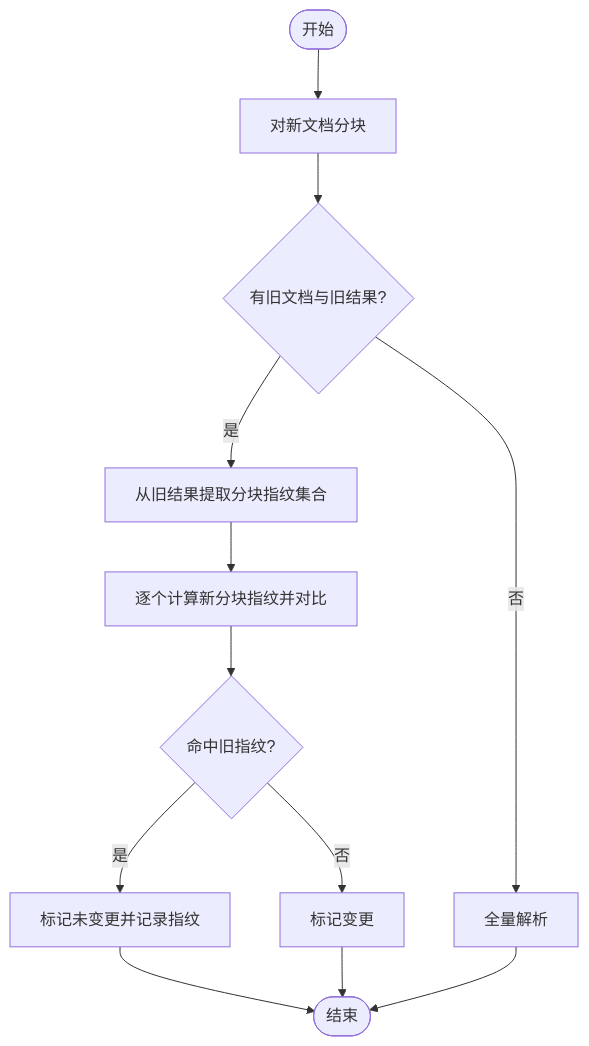
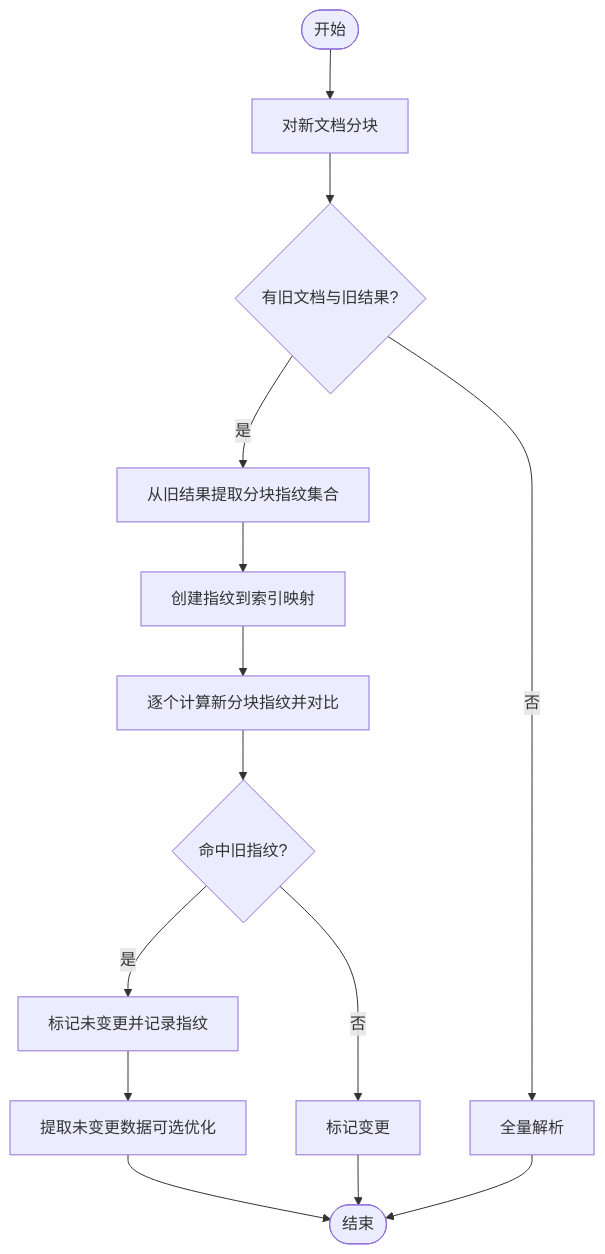
The third of 7 diagrams in .qoder/repowiki/zh/content/增量更新功能.md (wowzhangji/doc_ai_parser), drawn with Mermaid before and after one commit. The commit also changed other lines of this file and 25 other files, not shown here.

````diff
--- a/.qoder/repowiki/zh/content/增量更新功能.md
+++ b/.qoder/repowiki/zh/content/增量更新功能.md
@@ -189,14 +197,16 @@
 ```mermaid
 flowchart TD
 Start(["开始"]) --> NewChunk["对新文档分块"]
 NewChunk --> HasOld{"有旧文档与旧结果?"}
 HasOld --> |否| FullReparse["全量解析"]
 HasOld --> |是| LoadFp["从旧结果提取分块指纹集合"]
-LoadFp --> Compare["逐个计算新分块指纹并对比"]
+LoadFp --> CreateMap["创建指纹到索引映射"]
+CreateMap --> Compare["逐个计算新分块指纹并对比"]
 Compare --> IsUnchanged{"命中旧指纹?"}
 IsUnchanged --> |是| MarkUnchanged["标记未变更并记录指纹"]
 IsUnchanged --> |否| MarkChanged["标记变更"]
-MarkUnchanged --> End(["结束"])
+MarkUnchanged --> ExtractData["提取未变更数据可选优化"]
+ExtractData --> End(["结束"])
 MarkChanged --> End
 FullReparse --> End
 ```
````
